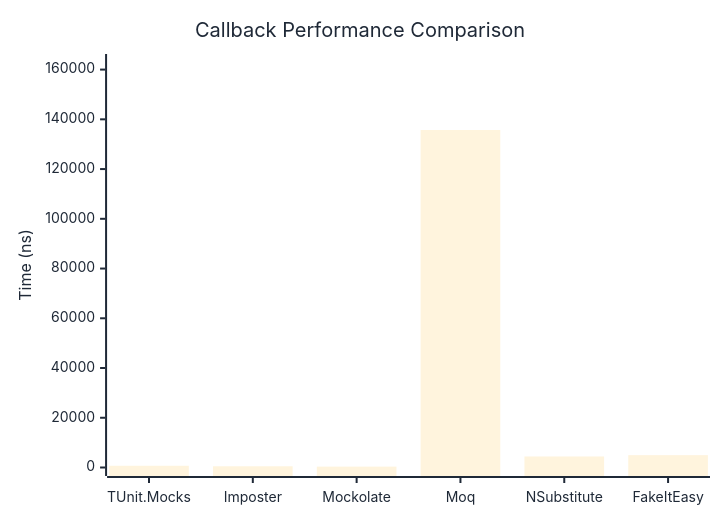
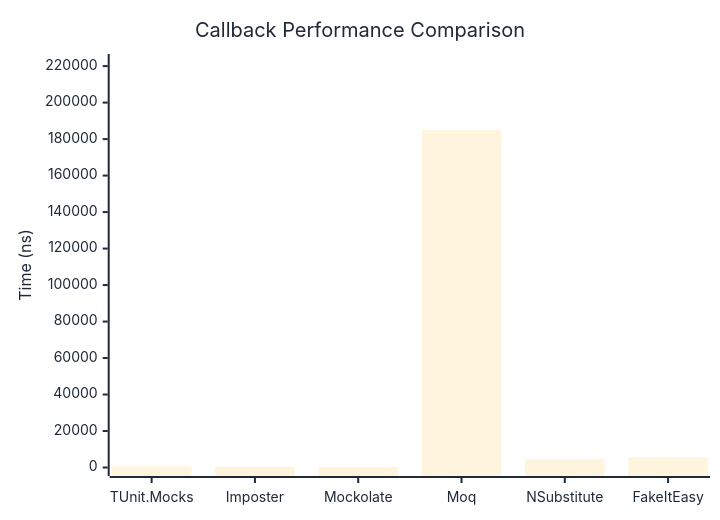
The first of 2 diagrams in docs/docs/benchmarks/mocks/Callback.md (thomhurst/TUnit), drawn with Mermaid before and after one commit. The commit also changed other lines of this file and 14 other files, not shown here.

````diff
--- a/docs/docs/benchmarks/mocks/Callback.md
+++ b/docs/docs/benchmarks/mocks/Callback.md
@@ -28,27 +28,27 @@
 ```mermaid
 %%{init: {
   'theme':'base',
   'themeVariables': {
     'primaryColor': '#2563eb',
     'primaryTextColor': '#1f2937',
     'primaryBorderColor': '#1e40af',
     'lineColor': '#6b7280',
     'secondaryColor': '#7c3aed',
     'tertiaryColor': '#dc2626',
     'background': '#ffffff',
     'pie1': '#2563eb',
     'pie2': '#7c3aed',
     'pie3': '#dc2626',
     'pie4': '#f59e0b',
     'pie5': '#10b981',
     'pie6': '#06b6d4',
     'pie7': '#ec4899',
     'pie8': '#6366f1'
   }
 }}%%
 xychart-beta
   title "Callback Performance Comparison"
   x-axis ["TUnit.Mocks", "Imposter", "Mockolate", "Moq", "NSubstitute", "FakeItEasy"]
-  y-axis "Time (ns)" 0 --> 162849
-  bar [702.4, 490.9, 351.6, 135707.2, 4436.6, 4958.7]
+  y-axis "Time (ns)" 0 --> 221977
+  bar [656.3, 472.6, 353.5, 184980.7, 4505.4, 5421.4]
 ```
````
